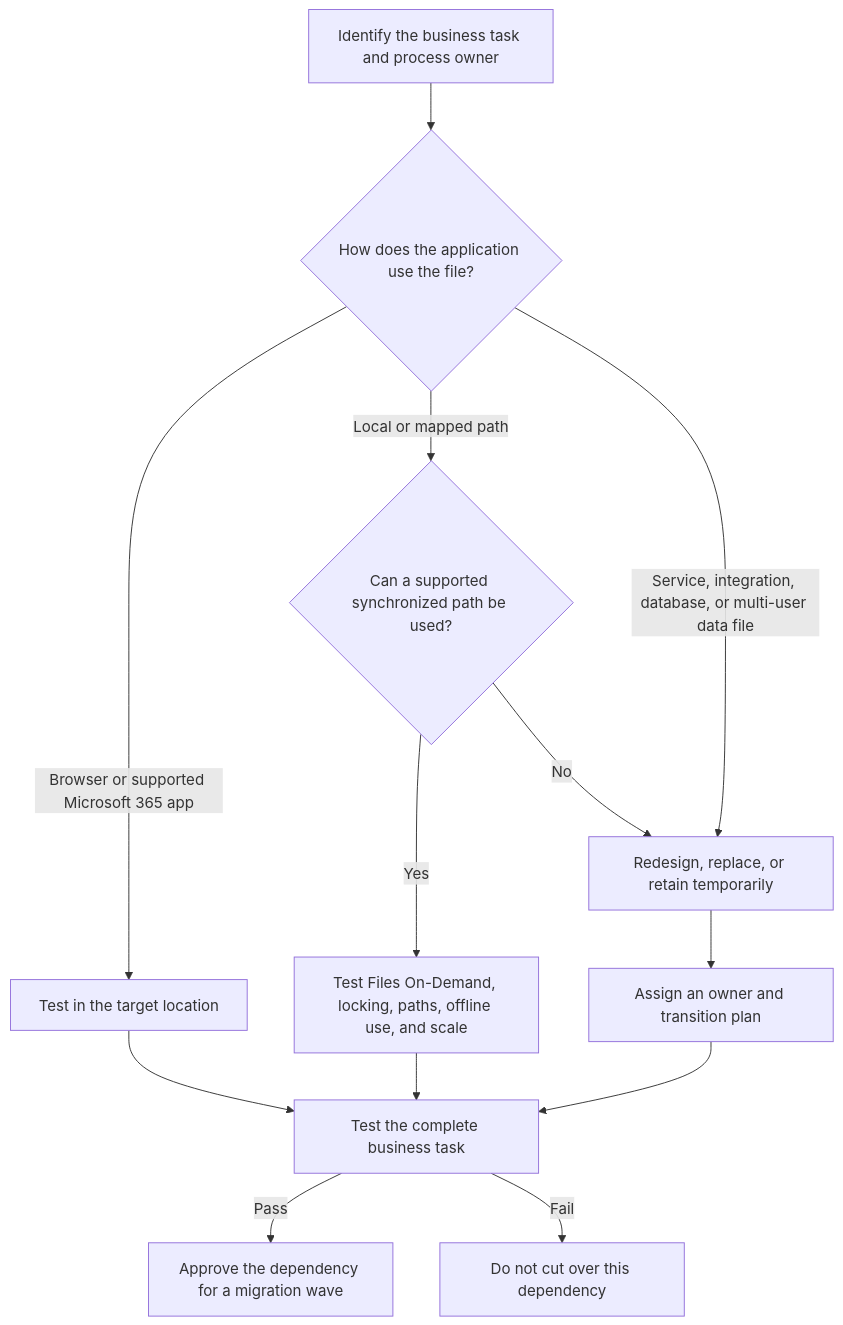
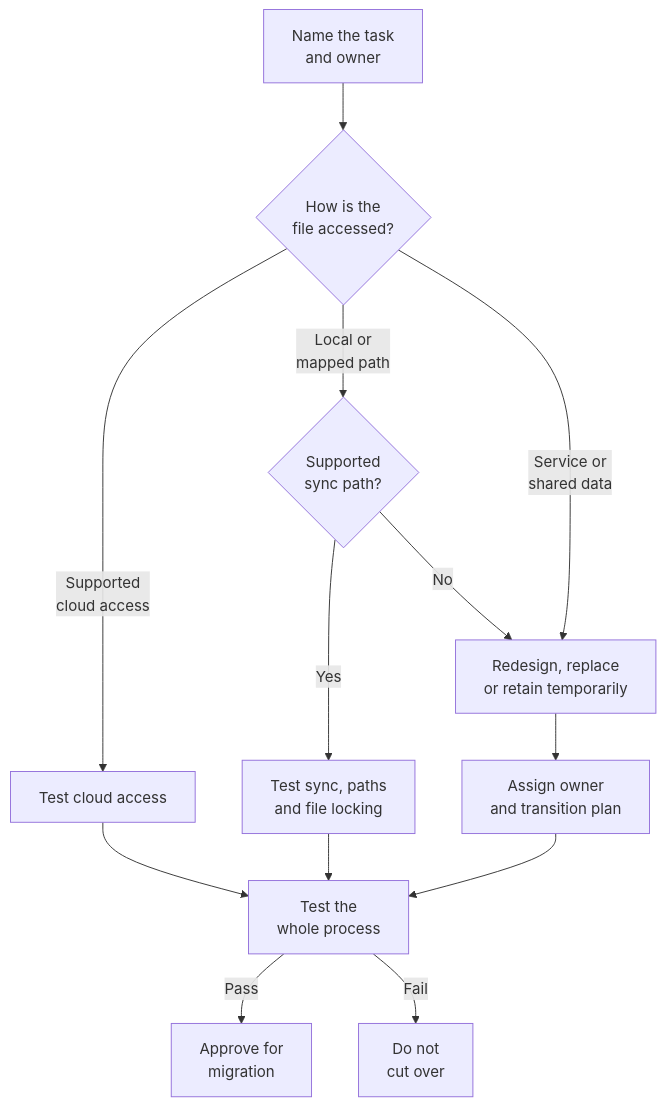
Before and after one commit to DwayneSelsig/M365wizard: the second of 2 diagrams in docs/admin-and-governance/migrate-file-server-to-sharepoint.md, drawn with Mermaid. The commit also changed other lines of this file and 1 other file, not shown here.

Commit message:
docs: refine flowcharts and improve clarity in migration guide for SharePoint

````diff
--- a/docs/admin-and-governance/migrate-file-server-to-sharepoint.md
+++ b/docs/admin-and-governance/migrate-file-server-to-sharepoint.md
@@ -136,15 +138,15 @@
 ```mermaid
 flowchart TD
-    Process[Identify the business task and process owner] --> Use{How does the application use the file?}
-    Use -->|Browser or supported Microsoft 365 app| Cloud[Test in the target location]
-    Use -->|Local or mapped path| Local{Can a supported synchronized path be used?}
-    Use -->|Service, integration, database, or multi-user data file| Redesign[Redesign, replace, or retain temporarily]
-    Local -->|Yes| Sync[Test Files On-Demand, locking, paths, offline use, and scale]
+    Process[Name the task<br/>and owner] --> Use{How is the<br/>file accessed?}
+    Use -->|Supported<br/>cloud access| Cloud[Test cloud access]
+    Use -->|Local or<br/>mapped path| Local{Supported<br/>sync path?}
+    Use -->|Service or<br/>shared data| Redesign[Redesign, replace<br/>or retain temporarily]
+    Local -->|Yes| Sync[Test sync, paths<br/>and file locking]
     Local -->|No| Redesign
-    Cloud --> Task[Test the complete business task]
+    Cloud --> Task[Test the<br/>whole process]
     Sync --> Task
-    Redesign --> Plan[Assign an owner and transition plan]
+    Redesign --> Plan[Assign owner<br/>and transition plan]
     Plan --> Task
-    Task -->|Pass| Approve[Approve the dependency for a migration wave]
-    Task -->|Fail| Block[Do not cut over this dependency]
+    Task -->|Pass| Approve[Approve for<br/>migration]
+    Task -->|Fail| Block[Do not<br/>cut over]
 ```
````
